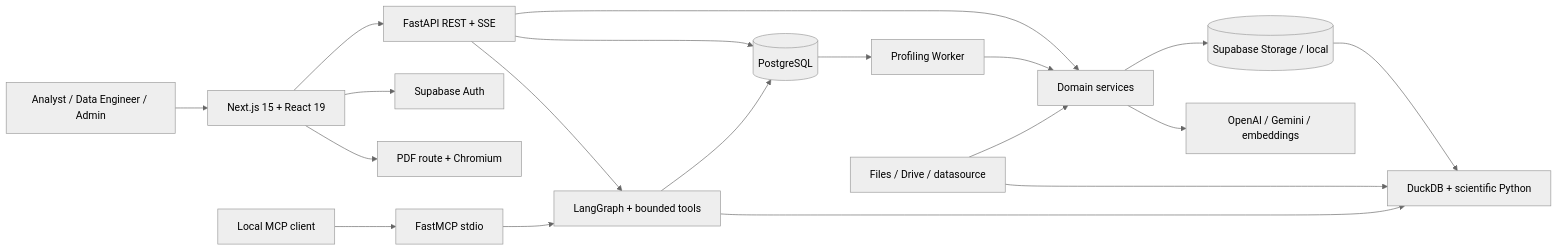
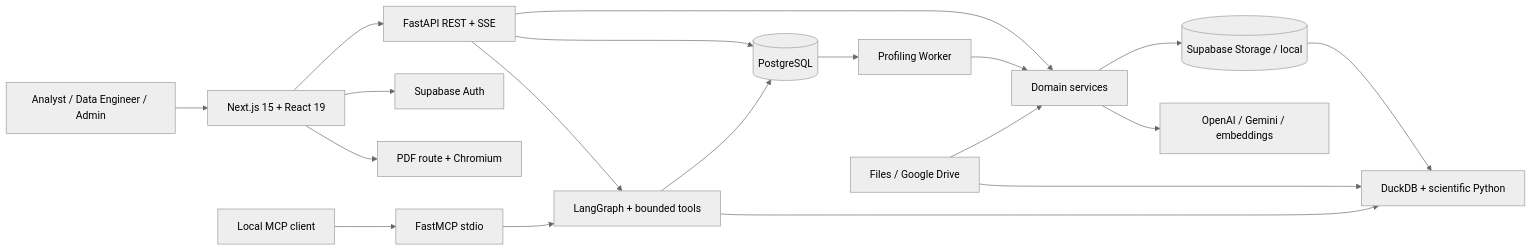
One commit to mhiu05/VDaAgent changed the first of 5 diagrams in ARCHITECTURE.md. Above: the diagram before and after it, drawn with Mermaid (neutral theme). The commit also changed other lines of this file and 92 other files, not shown here.

````diff
--- a/ARCHITECTURE.md
+++ b/ARCHITECTURE.md
@@ -22,21 +22,21 @@
 ```mermaid
 flowchart LR
   U[Analyst / Data Engineer / Admin] --> FE[Next.js 15 + React 19]
   FE --> API[FastAPI REST + SSE]
   FE --> AUTH[Supabase Auth]
   FE --> PDF[PDF route + Chromium]
   API --> SVC[Domain services]
   API --> TOOL[LangGraph + bounded tools]
   API --> PG[(PostgreSQL)]
   PG --> W[Profiling Worker]
   W --> SVC
-  SOURCE[Files / Drive / datasource] --> SVC
+  SOURCE[Files / Google Drive] --> SVC
   SVC --> STORE[(Supabase Storage / local)]
   STORE --> DUCK[DuckDB + scientific Python]
   SOURCE --> DUCK
   SVC --> AI[OpenAI / Gemini / embeddings]
   MCPCLIENT[Local MCP client] --> MCP[FastMCP stdio]
   MCP --> TOOL
   TOOL --> PG
   TOOL --> DUCK
 ```
````
